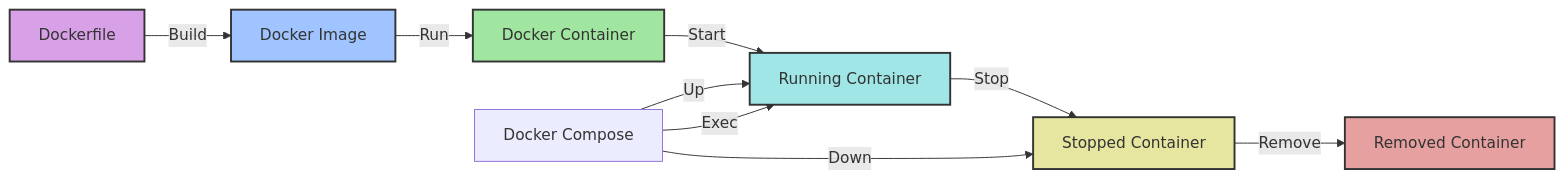
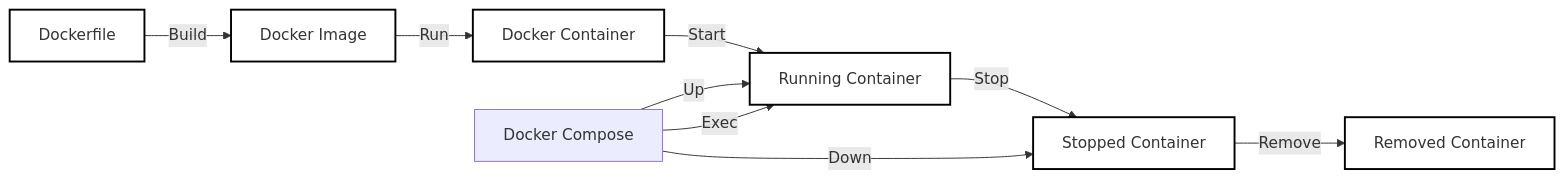
Before and after one commit to SoundMindsAI/ai_examples: the third of 5 diagrams in An_LLM_Query_Understanding_Service/README.md, drawn with Mermaid. The commit also changed other lines of this file, not shown here.

Commit message:
Update Mermaid diagrams to use white fill and black borders for consistency

````diff
--- a/An_LLM_Query_Understanding_Service/README.md
+++ b/An_LLM_Query_Understanding_Service/README.md
@@ -154,19 +154,19 @@
 ```mermaid
 graph LR
     Dockerfile[Dockerfile] -->|Build| DockerImage[Docker Image]
     DockerImage -->|Run| DockerContainer[Docker Container]
     DockerContainer -->|Start| RunningContainer[Running Container]
     RunningContainer -->|Stop| StoppedContainer[Stopped Container]
     StoppedContainer -->|Remove| RemovedContainer[Removed Container]
     
     DockerCompose[Docker Compose] -->|Up| RunningContainer
     DockerCompose -->|Down| StoppedContainer
     DockerCompose -->|Exec| RunningContainer
     
-    style Dockerfile fill:#d8a0e6,stroke:#333,stroke-width:2px
-    style DockerImage fill:#a0c4ff,stroke:#333,stroke-width:2px
-    style DockerContainer fill:#a0e6a0,stroke:#333,stroke-width:2px
-    style RunningContainer fill:#a0e6e6,stroke:#333,stroke-width:2px
-    style StoppedContainer fill:#e6e6a0,stroke:#333,stroke-width:2px
-    style RemovedContainer fill:#e6a0a0,stroke:#333,stroke-width:2px
+    style Dockerfile fill:white,stroke:black,stroke-width:2px
+    style DockerImage fill:white,stroke:black,stroke-width:2px
+    style DockerContainer fill:white,stroke:black,stroke-width:2px
+    style RunningContainer fill:white,stroke:black,stroke-width:2px
+    style StoppedContainer fill:white,stroke:black,stroke-width:2px
+    style RemovedContainer fill:white,stroke:black,stroke-width:2px
 ```
````
